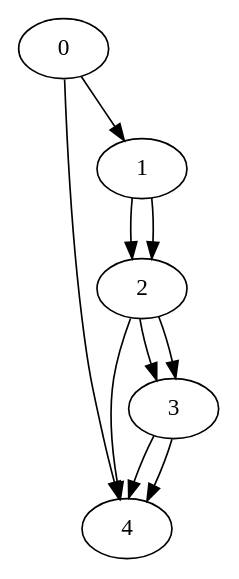
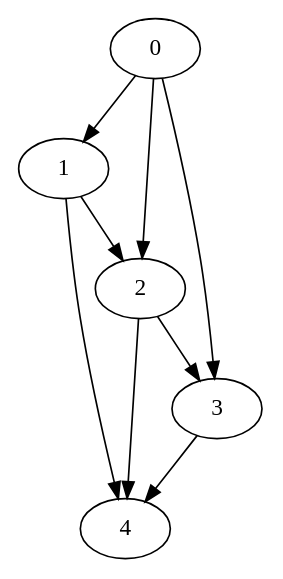
Before and after one commit to nox-x/finder: the diagram in dot/graph05a.txt.dot, drawn with Graphviz. The commit also changed 23 other files, not shown here.

```diff
--- a/dot/graph05a.txt.dot
+++ b/dot/graph05a.txt.dot
@@ -1,7 +1,10 @@
 digraph G {
-0 -> 4
-0 -> 1 -> 2 -> 3
-1 -> 2 -> 4
-2 -> 3 -> 4
+0 -> 1
+0 -> 2
+0 -> 3
+1 -> 2
+1 -> 4
+2 -> 3
+2 -> 4
 3 -> 4
-4}
+}
```
